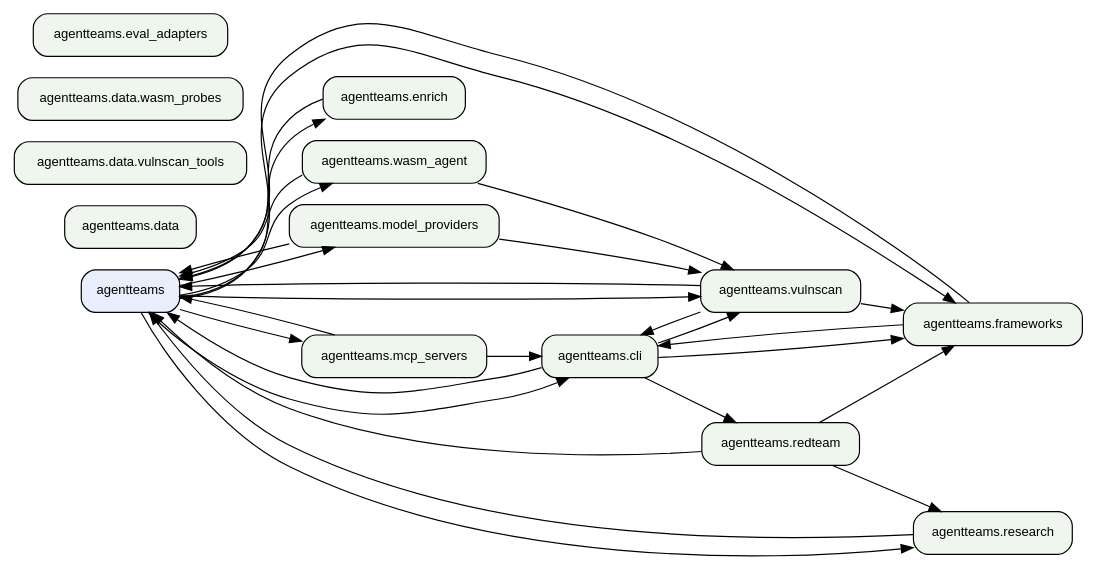
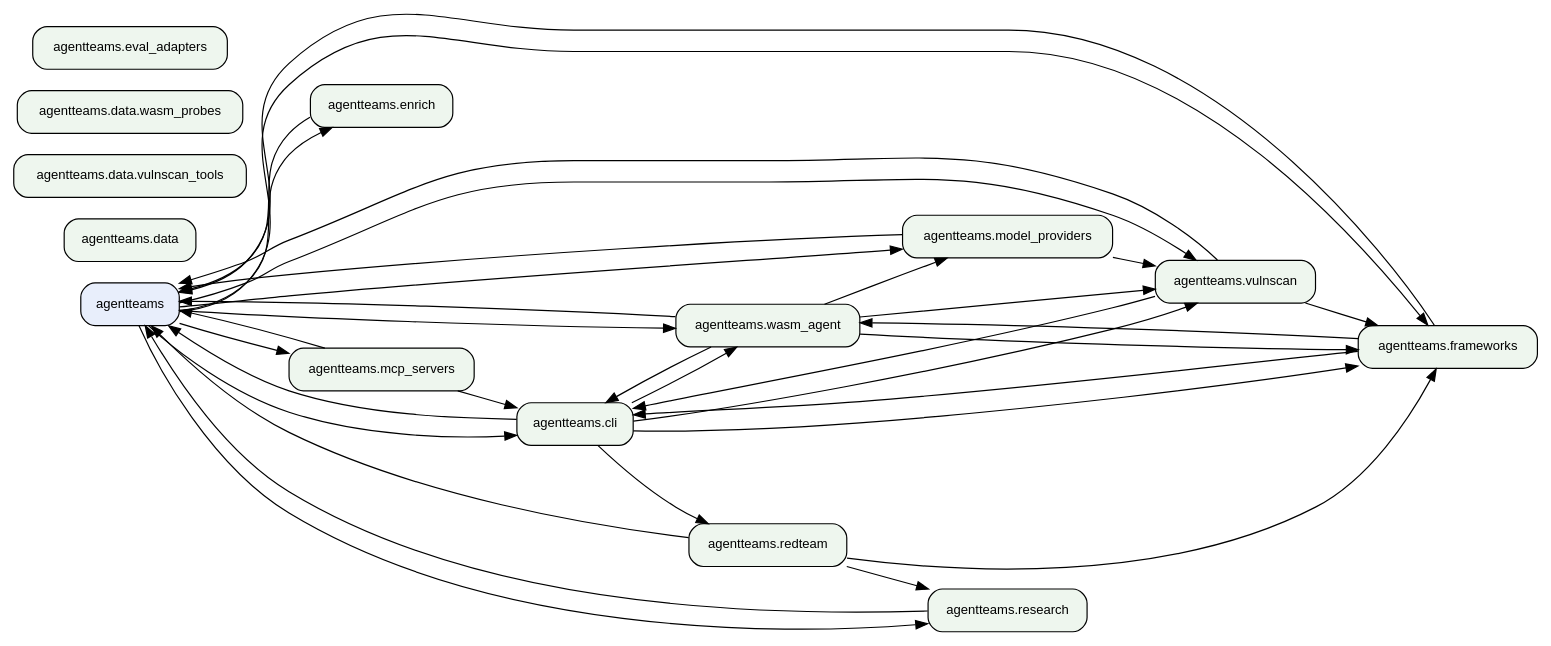
Before and after one commit to jlcatonjr/agentteams: the second of 2 diagrams in references/architecture-graph.md, drawn with Graphviz. The commit also changed other lines of this file and 27 other files, not shown here.

````diff
--- a/references/architecture-graph.md
+++ b/references/architecture-graph.md
@@ -519,49 +529,54 @@
 ```dot
 digraph "agentteams architecture" {
     rankdir=LR;
     node [fontname="Helvetica", fontsize=11, shape=box, style="rounded,filled", fillcolor="#eef6ee"];
     edge [fontsize=9];
     "agentteams" [fillcolor="#e8eefb"];
     "agentteams.cli" [fillcolor="#eef6ee"];
     "agentteams.data" [fillcolor="#eef6ee"];
     "agentteams.data.vulnscan_tools" [fillcolor="#eef6ee"];
     "agentteams.data.wasm_probes" [fillcolor="#eef6ee"];
     "agentteams.enrich" [fillcolor="#eef6ee"];
     "agentteams.eval_adapters" [fillcolor="#eef6ee"];
     "agentteams.frameworks" [fillcolor="#eef6ee"];
     "agentteams.mcp_servers" [fillcolor="#eef6ee"];
     "agentteams.model_providers" [fillcolor="#eef6ee"];
     "agentteams.redteam" [fillcolor="#eef6ee"];
     "agentteams.research" [fillcolor="#eef6ee"];
     "agentteams.vulnscan" [fillcolor="#eef6ee"];
     "agentteams.wasm_agent" [fillcolor="#eef6ee"];
     "agentteams" -> "agentteams.cli";
     "agentteams" -> "agentteams.enrich";
     "agentteams" -> "agentteams.frameworks";
     "agentteams" -> "agentteams.mcp_servers";
     "agentteams" -> "agentteams.model_providers";
     "agentteams" -> "agentteams.research";
     "agentteams" -> "agentteams.vulnscan";
     "agentteams" -> "agentteams.wasm_agent";
     "agentteams.cli" -> "agentteams";
     "agentteams.cli" -> "agentteams.frameworks";
     "agentteams.cli" -> "agentteams.redteam";
     "agentteams.cli" -> "agentteams.vulnscan";
+    "agentteams.cli" -> "agentteams.wasm_agent";
     "agentteams.enrich" -> "agentteams";
     "agentteams.frameworks" -> "agentteams";
     "agentteams.frameworks" -> "agentteams.cli";
+    "agentteams.frameworks" -> "agentteams.wasm_agent";
     "agentteams.mcp_servers" -> "agentteams";
     "agentteams.mcp_servers" -> "agentteams.cli";
     "agentteams.model_providers" -> "agentteams";
     "agentteams.model_providers" -> "agentteams.vulnscan";
     "agentteams.redteam" -> "agentteams";
     "agentteams.redteam" -> "agentteams.frameworks";
     "agentteams.redteam" -> "agentteams.research";
     "agentteams.research" -> "agentteams";
     "agentteams.vulnscan" -> "agentteams";
     "agentteams.vulnscan" -> "agentteams.cli";
     "agentteams.vulnscan" -> "agentteams.frameworks";
     "agentteams.wasm_agent" -> "agentteams";
+    "agentteams.wasm_agent" -> "agentteams.cli";
+    "agentteams.wasm_agent" -> "agentteams.frameworks";
+    "agentteams.wasm_agent" -> "agentteams.model_providers";
     "agentteams.wasm_agent" -> "agentteams.vulnscan";
 }
 ```
````
